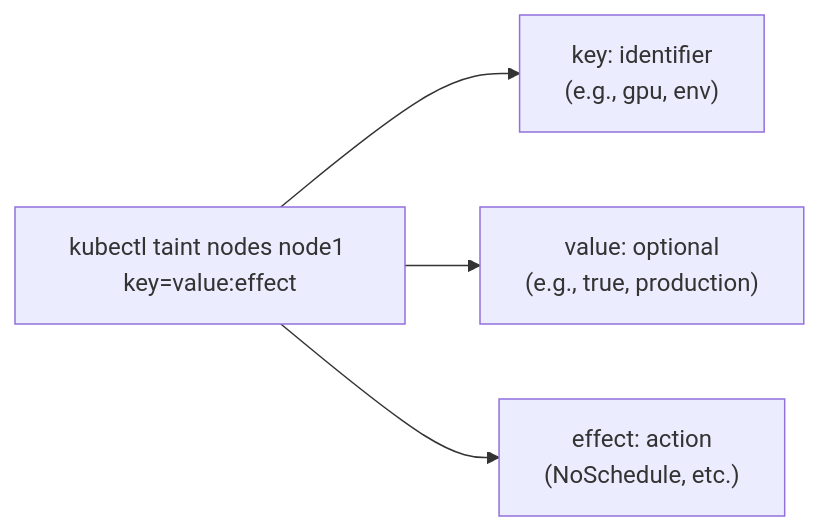
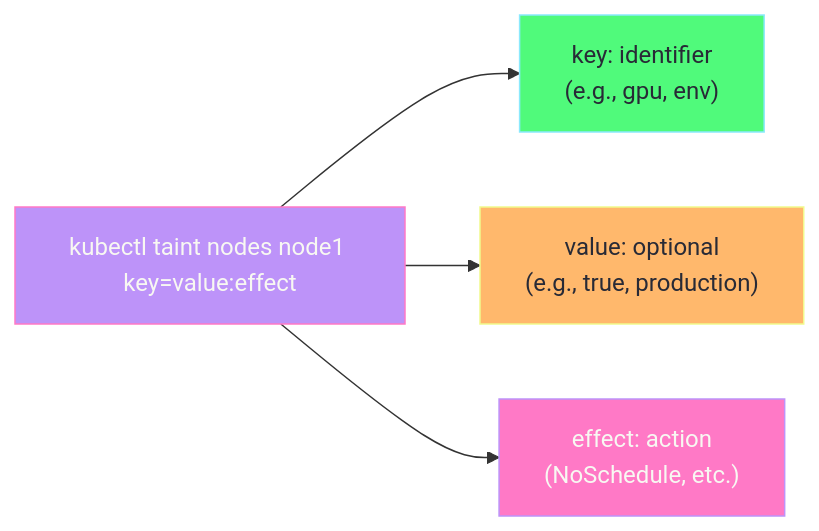
The second of 3 diagrams in Workload_and_Application_Management/taints-tolerations-explained.md (selvakumarperumal/k8s_minikube_learn), drawn with Mermaid before and after one commit. The commit also changed other lines of this file, not shown here.

Commit message:
style: update Mermaid diagrams to use Dracula theme colors

````diff
--- a/Workload_and_Application_Management/taints-tolerations-explained.md
+++ b/Workload_and_Application_Management/taints-tolerations-explained.md
@@ -55,8 +57,13 @@
 ```mermaid
 flowchart LR
     T["kubectl taint nodes node1 key=value:effect"]
     
     T --> K["key: identifier<br/>(e.g., gpu, env)"]
     T --> V["value: optional<br/>(e.g., true, production)"]
     T --> E["effect: action<br/>(NoSchedule, etc.)"]
+    
+    style T fill:#bd93f9,stroke:#ff79c6,color:#f8f8f2
+    style K fill:#50fa7b,stroke:#8be9fd,color:#282a36
+    style V fill:#ffb86c,stroke:#f1fa8c,color:#282a36
+    style E fill:#ff79c6,stroke:#bd93f9,color:#f8f8f2
 ```
````
